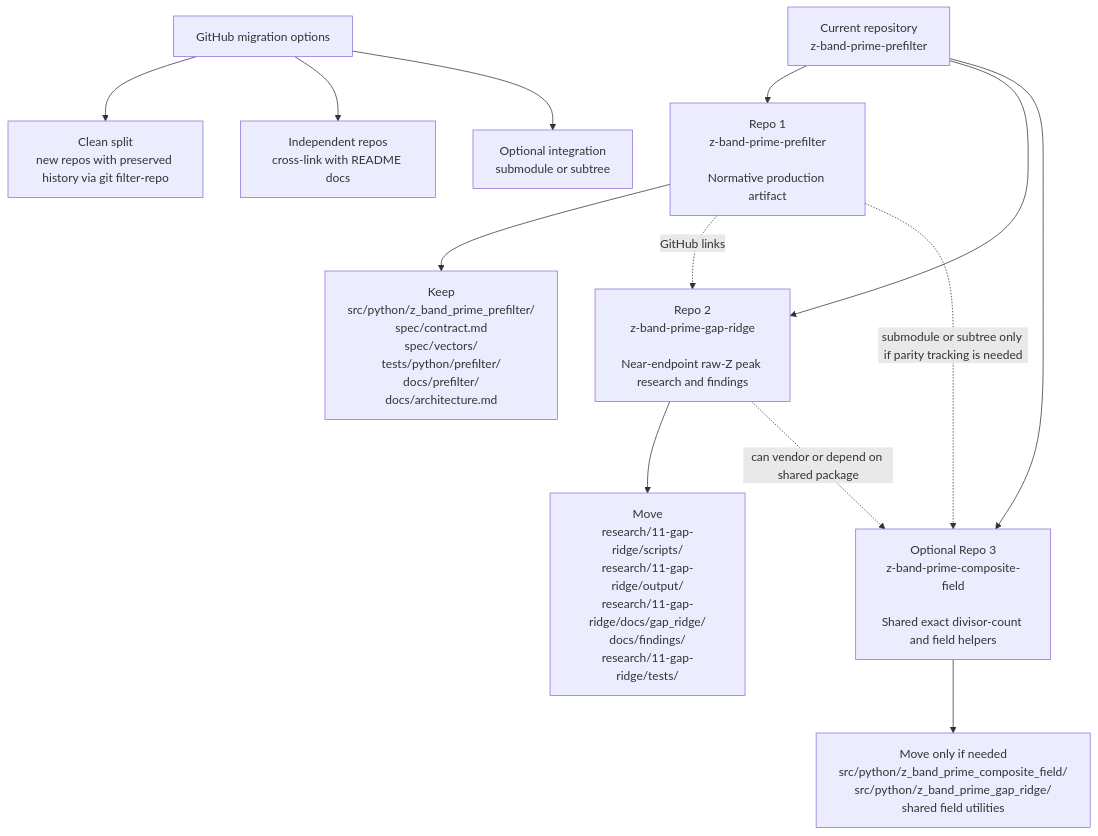
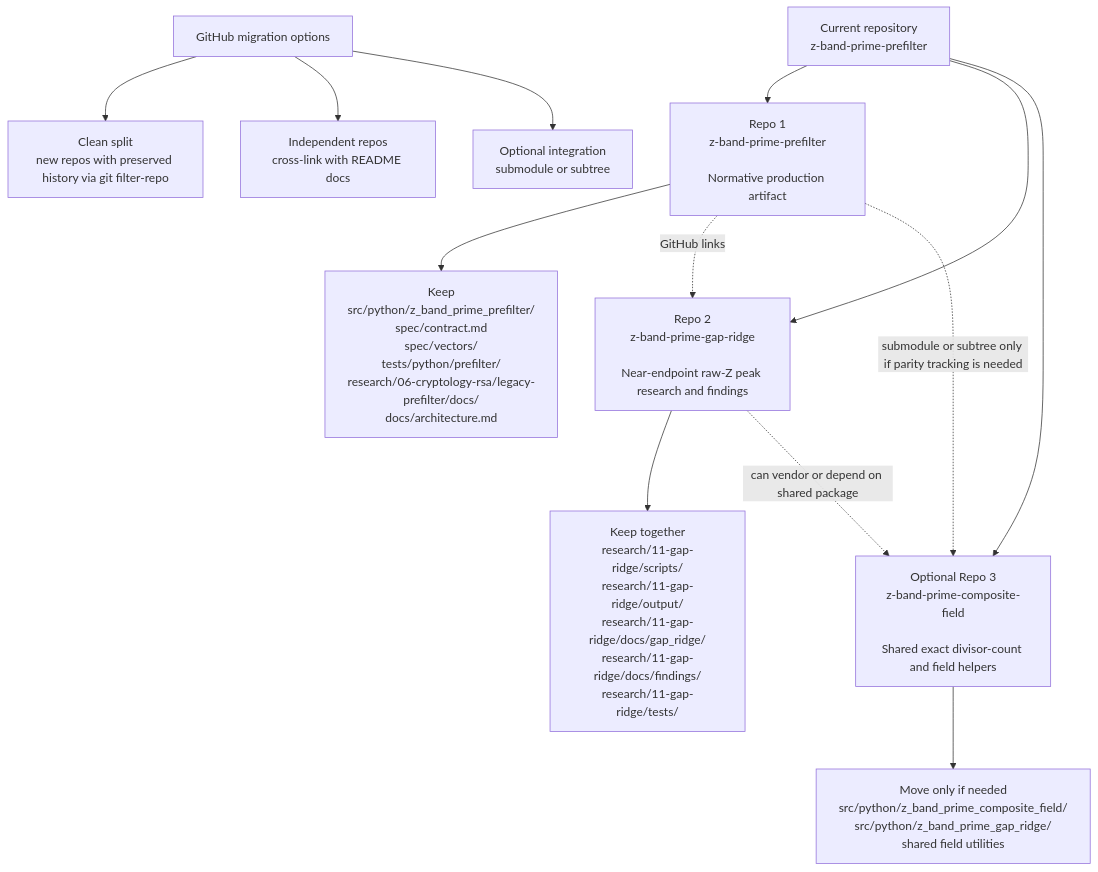
One commit to zfifteen/geodesic-prime-prefilter changed the diagram in docs/repo_split_diagram.md. Above: the diagram before and after it, drawn with Mermaid. The commit also changed 129 other files, not shown here.

Commit message:
Remove emptied legacy research roots

````diff
--- a/docs/repo_split_diagram.md
+++ b/docs/repo_split_diagram.md
@@ -3,18 +3,18 @@
 ```mermaid
 flowchart TB
     A["Current repository<br/>z-band-prime-prefilter"] --> B["Repo 1<br/>z-band-prime-prefilter<br/><br/>Normative production artifact"]
     A --> C["Repo 2<br/>z-band-prime-gap-ridge<br/><br/>Near-endpoint raw-Z peak research and findings"]
     A --> D["Optional Repo 3<br/>z-band-prime-composite-field<br/><br/>Shared exact divisor-count and field helpers"]
 
-    B --> B1["Keep<br/>src/python/z_band_prime_prefilter/<br/>spec/contract.md<br/>spec/vectors/<br/>tests/python/prefilter/<br/>docs/prefilter/<br/>docs/architecture.md"]
-    C --> C1["Move<br/>research/11-gap-ridge/scripts/<br/>research/11-gap-ridge/output/<br/>research/11-gap-ridge/docs/gap_ridge/<br/>docs/findings/<br/>research/11-gap-ridge/tests/"]
+    B --> B1["Keep<br/>src/python/z_band_prime_prefilter/<br/>spec/contract.md<br/>spec/vectors/<br/>tests/python/prefilter/<br/>research/06-cryptology-rsa/legacy-prefilter/docs/<br/>docs/architecture.md"]
+    C --> C1["Keep together<br/>research/11-gap-ridge/scripts/<br/>research/11-gap-ridge/output/<br/>research/11-gap-ridge/docs/gap_ridge/<br/>research/11-gap-ridge/docs/findings/<br/>research/11-gap-ridge/tests/"]
     D --> D1["Move only if needed<br/>src/python/z_band_prime_composite_field/<br/>src/python/z_band_prime_gap_ridge/<br/>shared field utilities"]
 
     B -. "GitHub links" .-> C
     B -. "submodule or subtree only if parity tracking is needed" .-> D
     C -. "can vendor or depend on shared package" .-> D
 
     E["GitHub migration options"] --> E1["Clean split<br/>new repos with preserved history via git filter-repo"]
     E --> E2["Independent repos<br/>cross-link with README docs"]
     E --> E3["Optional integration<br/>submodule or subtree"]
 ```
````
